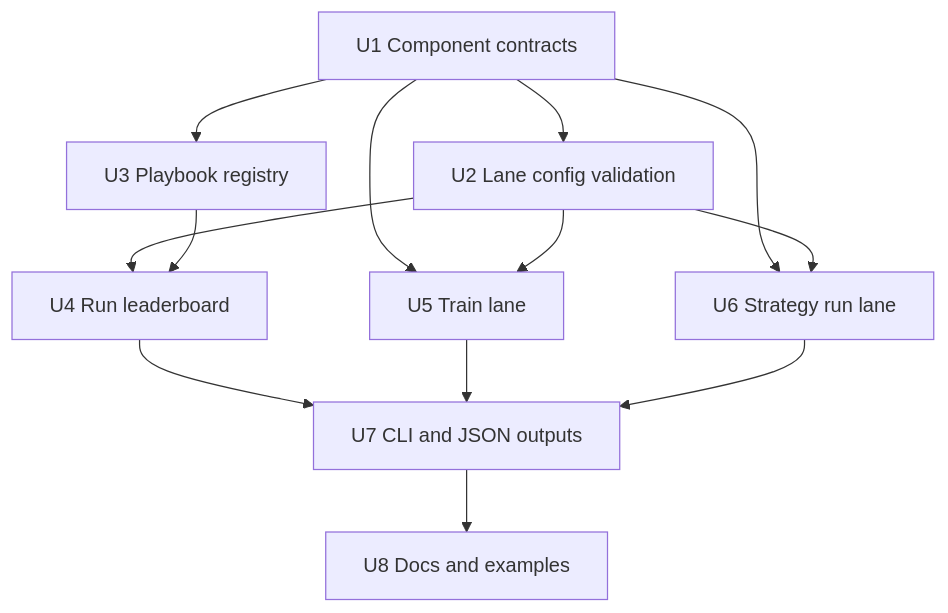
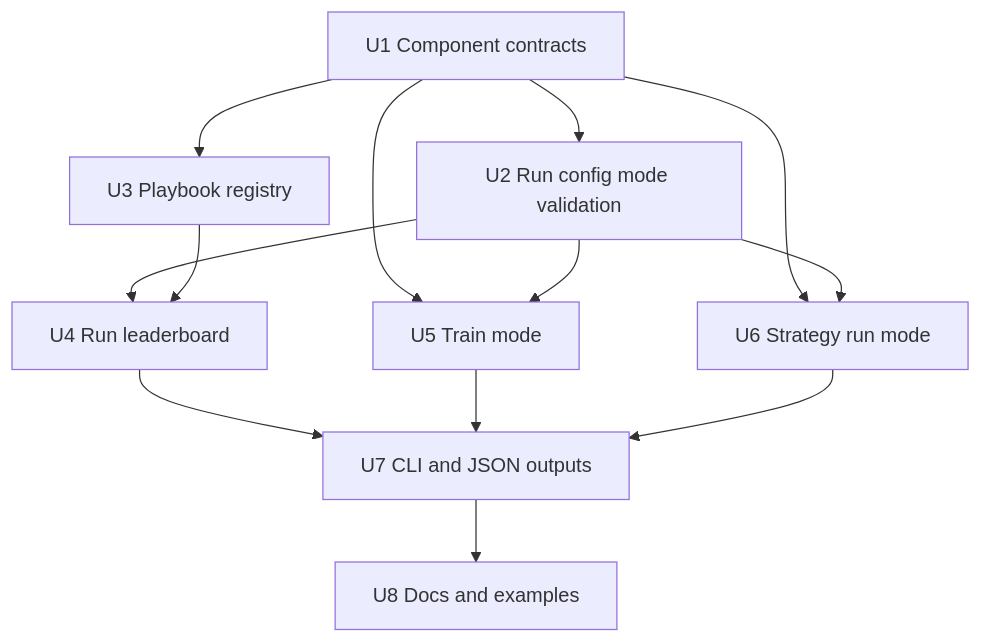
Before and after one commit to madebymlai/aegis: the second of 2 diagrams in docs/plans/2026-05-18-005-feat-research-playbook-component-workflow-plan.md, drawn with Mermaid. The commit also changed other lines of this file and 30 other files, not shown here.

Commit message:
fix(research): fold training into run mode

````diff
--- a/docs/plans/2026-05-18-005-feat-research-playbook-component-workflow-plan.md
+++ b/docs/plans/2026-05-18-005-feat-research-playbook-component-workflow-plan.md
@@ -207,24 +210,24 @@
 ```mermaid
 flowchart TB
     U1[U1 Component contracts]
-    U2[U2 Lane config validation]
+    U2[U2 Run config mode validation]
     U3[U3 Playbook registry]
     U4[U4 Run leaderboard]
-    U5[U5 Train lane]
-    U6[U6 Strategy run lane]
+    U5[U5 Train mode]
+    U6[U6 Strategy run mode]
     U7[U7 CLI and JSON outputs]
     U8[U8 Docs and examples]
 
     U1 --> U2
     U1 --> U3
     U2 --> U4
     U3 --> U4
     U1 --> U5
     U2 --> U5
     U1 --> U6
     U2 --> U6
     U4 --> U7
     U5 --> U7
     U6 --> U7
     U7 --> U8
 ```
````
